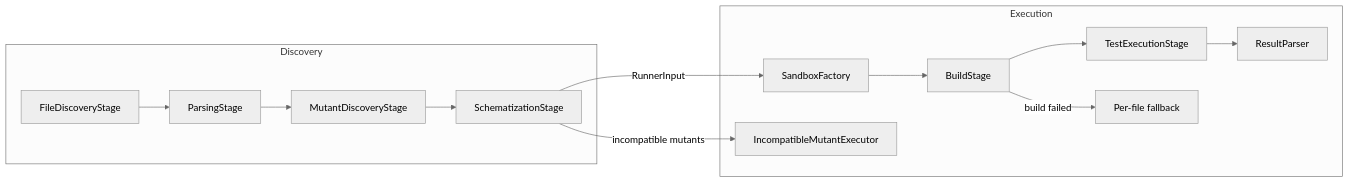
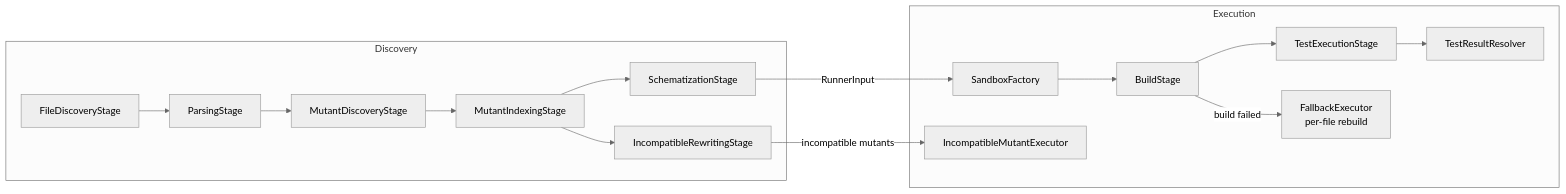
One commit to ericodx/swift-mutation-testing changed the third of 3 diagrams in Docs/Architecture/01-overview.md. Above: the diagram before and after it, drawn with Mermaid (neutral theme). The commit also changed other lines of this file and 5 other files, not shown here.

Commit message:
docs: update architecture documentation

````diff
--- a/Docs/Architecture/01-overview.md
+++ b/Docs/Architecture/01-overview.md
@@ -66,17 +66,19 @@
 ```mermaid
 flowchart LR
     subgraph Discovery
         FD[FileDiscoveryStage] --> PS[ParsingStage]
         PS --> MD[MutantDiscoveryStage]
-        MD --> SS[SchematizationStage]
+        MD --> MI[MutantIndexingStage]
+        MI --> SS[SchematizationStage]
+        MI --> IRS[IncompatibleRewritingStage]
     end
     subgraph Execution
         SF[SandboxFactory] --> BS[BuildStage]
         BS --> TES[TestExecutionStage]
-        BS -- build failed --> FBP[Per-file fallback]
-        TES --> RP[ResultParser]
+        BS -- build failed --> FBP[FallbackExecutor\nper-file rebuild]
+        TES --> TR[TestResultResolver]
         IME[IncompatibleMutantExecutor]
     end
     SS -- RunnerInput --> SF
-    SS -- incompatible mutants --> IME
+    IRS -- incompatible mutants --> IME
 ```
````
